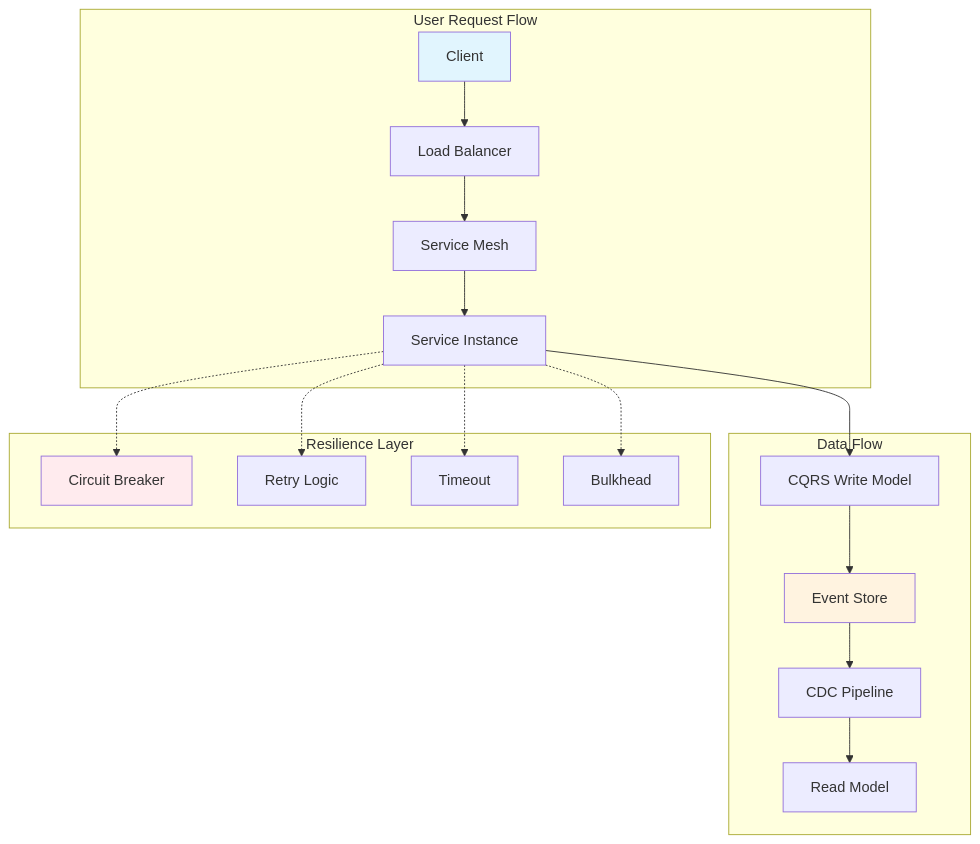
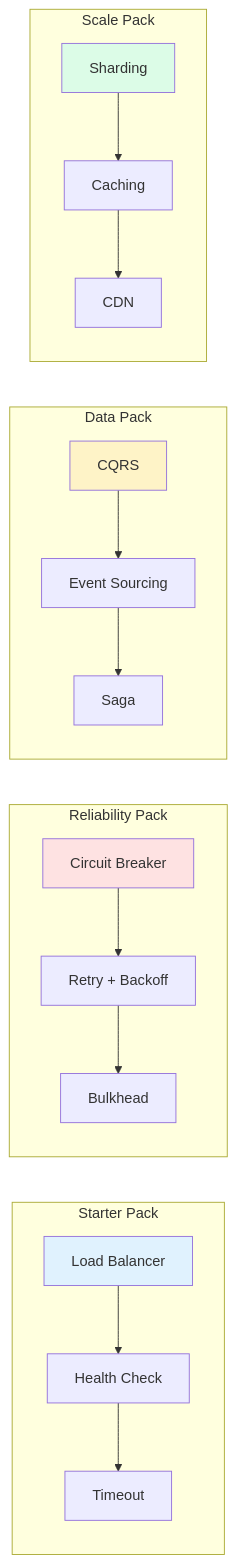
One commit to deepaucksharma/DStudio changed the third of 4 diagrams in docs/patterns/index.md. Above: the diagram before and after it, drawn with Mermaid. The commit also changed other lines of this file and 492 other files, not shown here.

````diff
--- a/docs/patterns/index.md
+++ b/docs/patterns/index.md
@@ -357,31 +170,35 @@
 ```mermaid
-graph TD
-    subgraph "User Request Flow"
-        A[Client] --> B[Load Balancer]
-        B --> C[Service Mesh]
-        C --> D[Service Instance]
+graph LR
+    subgraph "Starter Pack"
+        S1[Load Balancer]
+        S2[Health Check]
+        S3[Timeout]
+        S1 --> S2 --> S3
     end
     
-    subgraph "Data Flow"
-        D --> E[CQRS Write Model]
-        E --> F[Event Store]
-        F --> G[CDC Pipeline]
-        G --> H[Read Model]
+    subgraph "Reliability Pack"
+        R1[Circuit Breaker]
+        R2[Retry + Backoff]
+        R3[Bulkhead]
+        R1 --> R2 --> R3
     end
     
-    subgraph "Resilience Layer"
-        I[Circuit Breaker]
-        J[Retry Logic]
-        K[Timeout]
-        L[Bulkhead]
+    subgraph "Data Pack"
+        D1[CQRS]
+        D2[Event Sourcing]
+        D3[Saga]
+        D1 --> D2 --> D3
     end
     
-    D -.-> I
-    D -.-> J
-    D -.-> K
-    D -.-> L
+    subgraph "Scale Pack"
+        SC1[Sharding]
+        SC2[Caching]
+        SC3[CDN]
+        SC1 --> SC2 --> SC3
+    end
     
-    style A fill:#e1f5fe
-    style F fill:#fff3e0
-    style I fill:#ffebee
+    style S1 fill:#e0f2fe
+    style R1 fill:#fee2e2
+    style D1 fill:#fef3c7
+    style SC1 fill:#dcfce7
 ```
````
